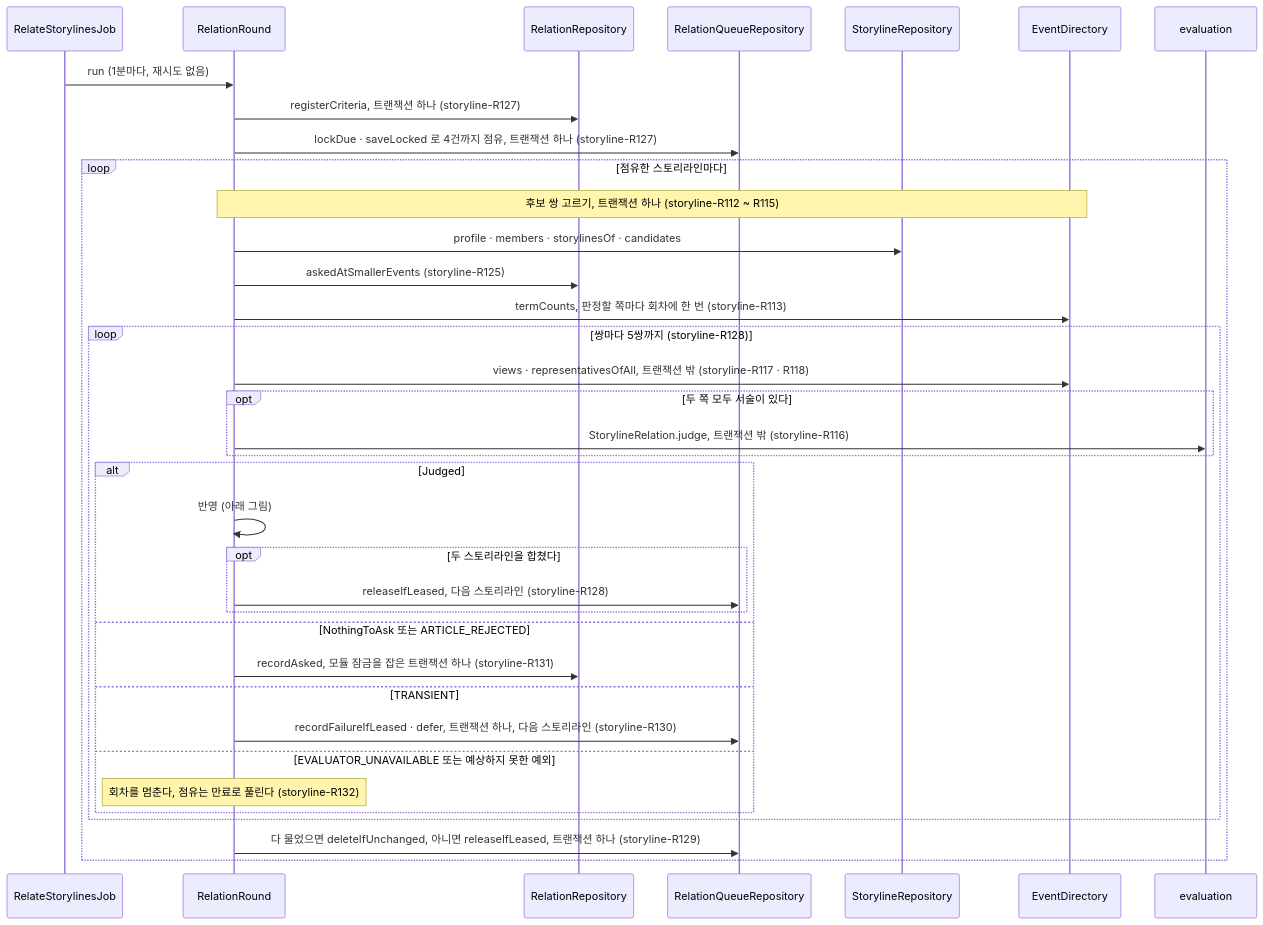
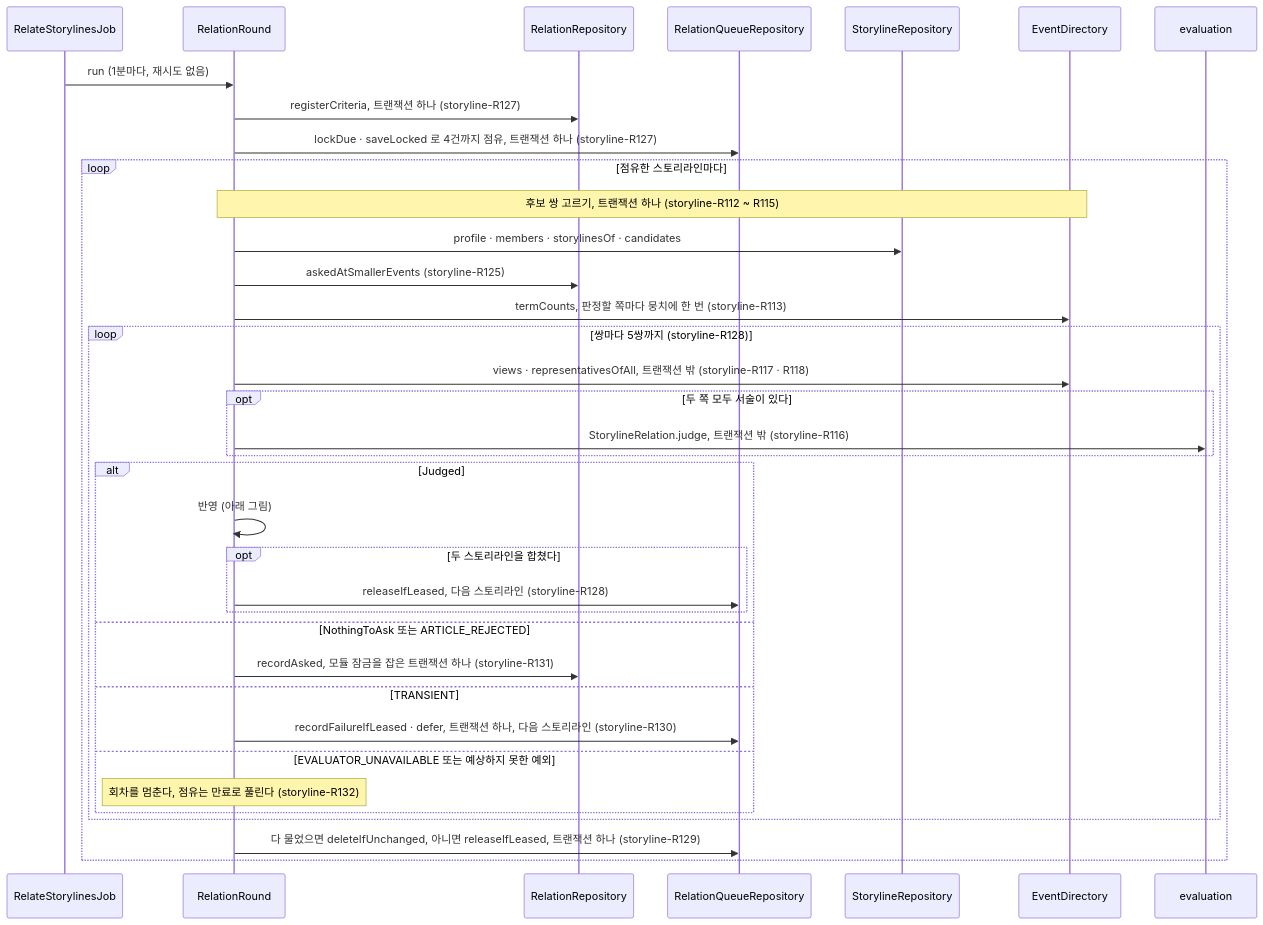
The sixth of 9 diagrams in docs/specs/storyline.md (Theia0382/yozm-news), drawn with Mermaid before and after one commit. The commit also changed other lines of this file and 21 other files, not shown here.

````diff
--- a/docs/specs/storyline.md
+++ b/docs/specs/storyline.md
@@ -576,38 +591,38 @@
 ```mermaid
 sequenceDiagram
     participant J as RelateStorylinesJob
     participant R as RelationRound
     participant RR as RelationRepository
     participant Q as RelationQueueRepository
     participant S as StorylineRepository
     participant D as EventDirectory
     participant E as evaluation
     J->>R: run (1분마다, 재시도 없음)
     R->>RR: registerCriteria, 트랜잭션 하나 (storyline-R127)
     R->>Q: lockDue · saveLocked 로 4건까지 점유, 트랜잭션 하나 (storyline-R127)
     loop 점유한 스토리라인마다
         Note over R,D: 후보 쌍 고르기, 트랜잭션 하나 (storyline-R112 ~ R115)
         R->>S: profile · members · storylinesOf · candidates
         R->>RR: askedAtSmallerEvents (storyline-R125)
-        R->>D: termCounts, 판정할 쪽마다 회차에 한 번 (storyline-R113)
+        R->>D: termCounts, 판정할 쪽마다 뭉치에 한 번 (storyline-R113)
         loop 쌍마다 5쌍까지 (storyline-R128)
             R->>D: views · representativesOfAll, 트랜잭션 밖 (storyline-R117 · R118)
             opt 두 쪽 모두 서술이 있다
                 R->>E: StorylineRelation.judge, 트랜잭션 밖 (storyline-R116)
             end
             alt Judged
                 R->>R: 반영 (아래 그림)
                 opt 두 스토리라인을 합쳤다
                     R->>Q: releaseIfLeased, 다음 스토리라인 (storyline-R128)
                 end
             else NothingToAsk 또는 ARTICLE_REJECTED
                 R->>RR: recordAsked, 모듈 잠금을 잡은 트랜잭션 하나 (storyline-R131)
             else TRANSIENT
                 R->>Q: recordFailureIfLeased · defer, 트랜잭션 하나, 다음 스토리라인 (storyline-R130)
             else EVALUATOR_UNAVAILABLE 또는 예상하지 못한 예외
                 Note over R: 회차를 멈춘다, 점유는 만료로 풀린다 (storyline-R132)
             end
         end
         R->>Q: 다 물었으면 deleteIfUnchanged, 아니면 releaseIfLeased, 트랜잭션 하나 (storyline-R129)
     end
 ```
````
